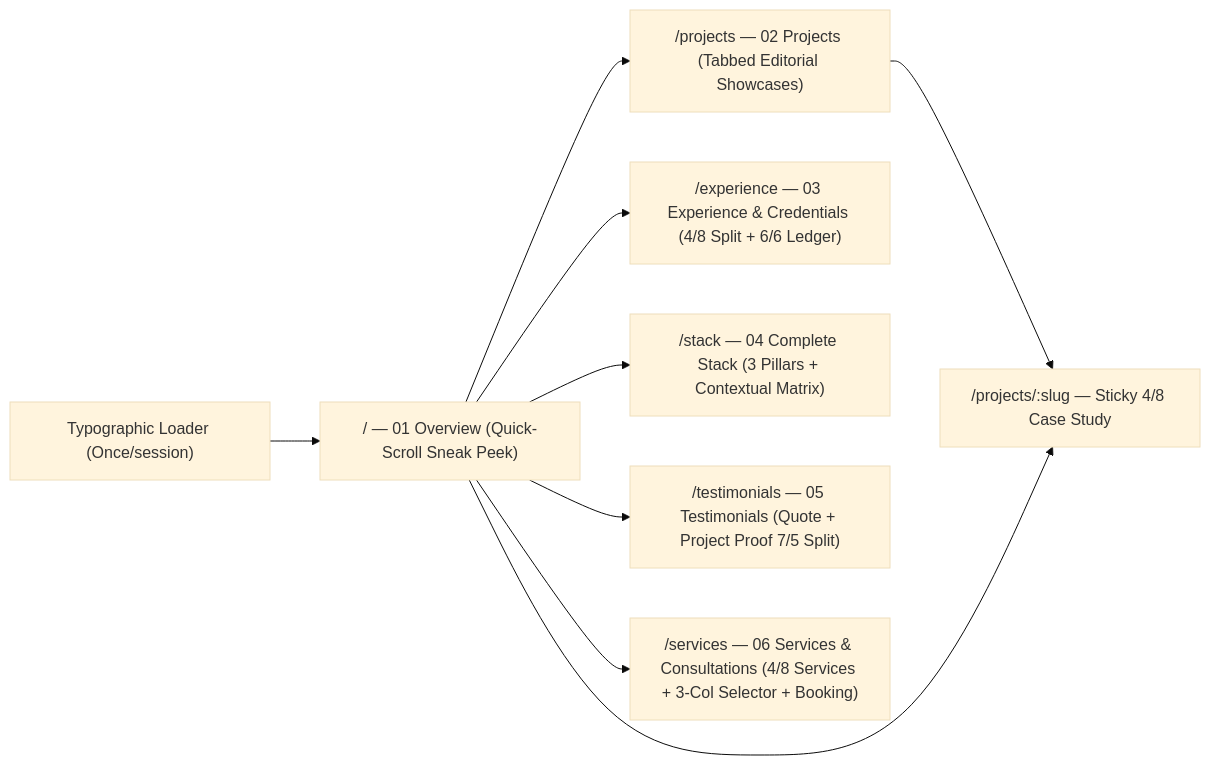
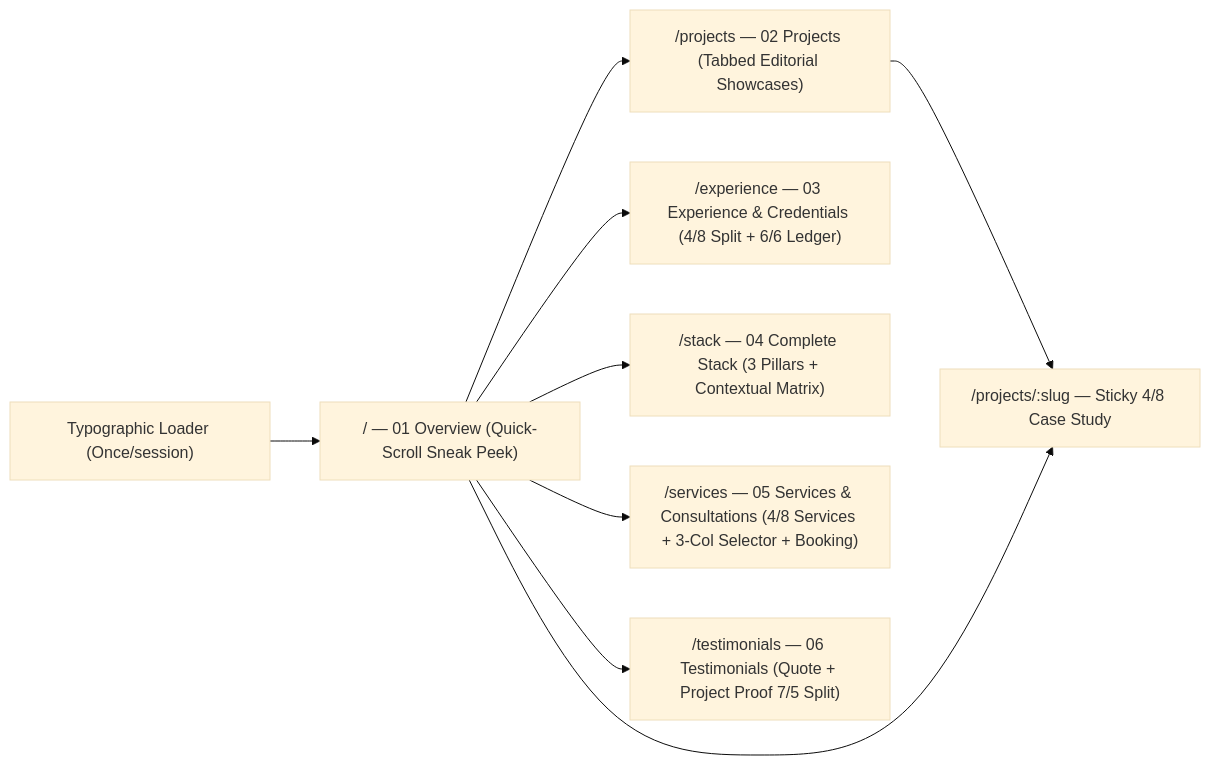
The diagram in personal-portfolio-bundle/DESIGN_DIRECTION_PLAN.md (markPie29/markyisulatdev), drawn with Mermaid (base theme) before and after one commit. The commit also changed other lines of this file and 18 other files, not shown here.

Commit message:
feat(home,experience,nav): add mono brand logos, reorder services/testimonials, overhaul services grid, and sync docs

````diff
--- a/personal-portfolio-bundle/DESIGN_DIRECTION_PLAN.md
+++ b/personal-portfolio-bundle/DESIGN_DIRECTION_PLAN.md
@@ -56,11 +56,11 @@
 ```mermaid
 flowchart LR
   Loader["Typographic Loader (Once/session)"] --> Home["/ — 01 Overview (Quick-Scroll Sneak Peek)"]
   Home --> P["/projects — 02 Projects (Tabbed Editorial Showcases)"]
   P --> CS["/projects/:slug — Sticky 4/8 Case Study"]
   Home --> CS
   Home --> E["/experience — 03 Experience & Credentials (4/8 Split + 6/6 Ledger)"]
   Home --> ST["/stack — 04 Complete Stack (3 Pillars + Contextual Matrix)"]
-  Home --> T["/testimonials — 05 Testimonials (Quote + Project Proof 7/5 Split)"]
-  Home --> SV["/services — 06 Services & Consultations (4/8 Services + 3-Col Selector + Booking)"]
+  Home --> SV["/services — 05 Services & Consultations (4/8 Services + 3-Col Selector + Booking)"]
+  Home --> T["/testimonials — 06 Testimonials (Quote + Project Proof 7/5 Split)"]
 ```
````
